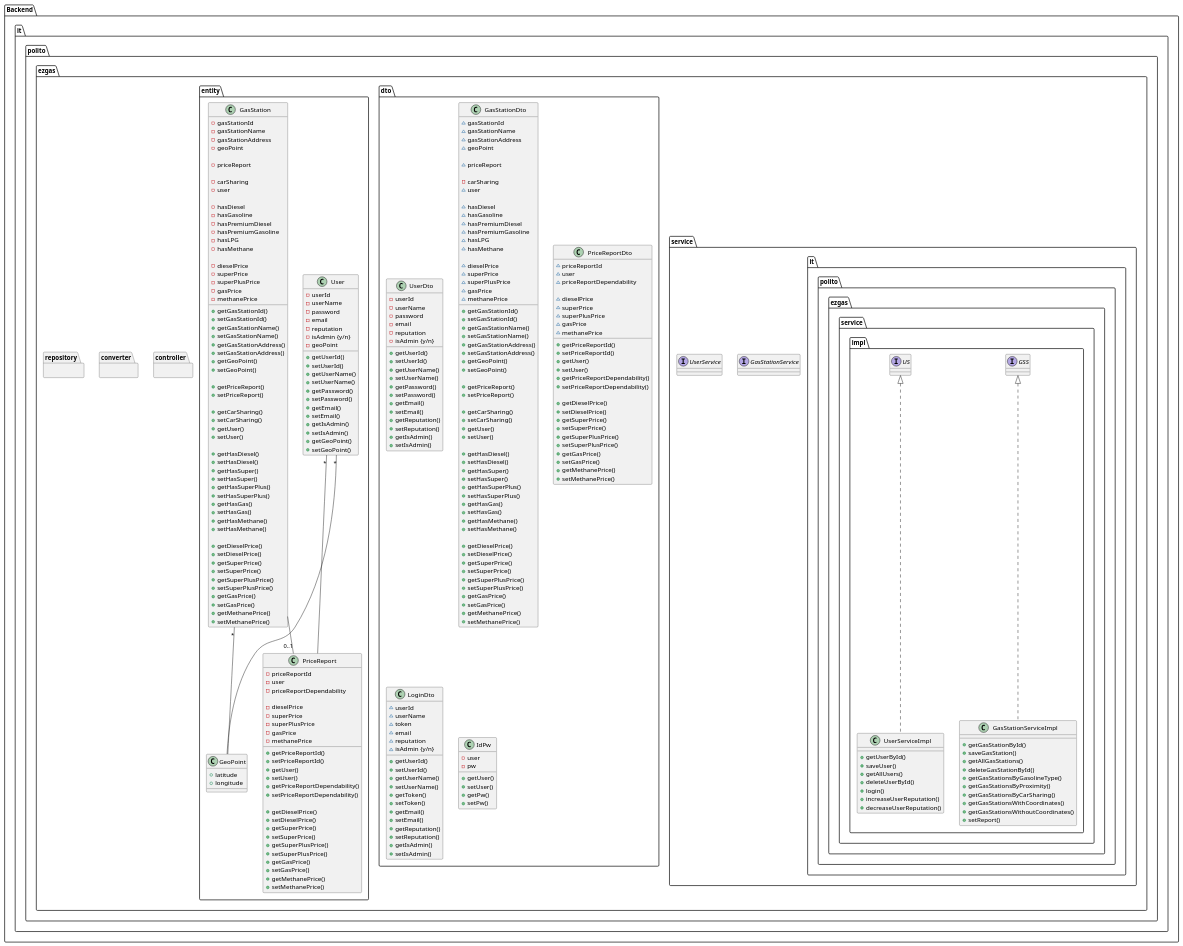
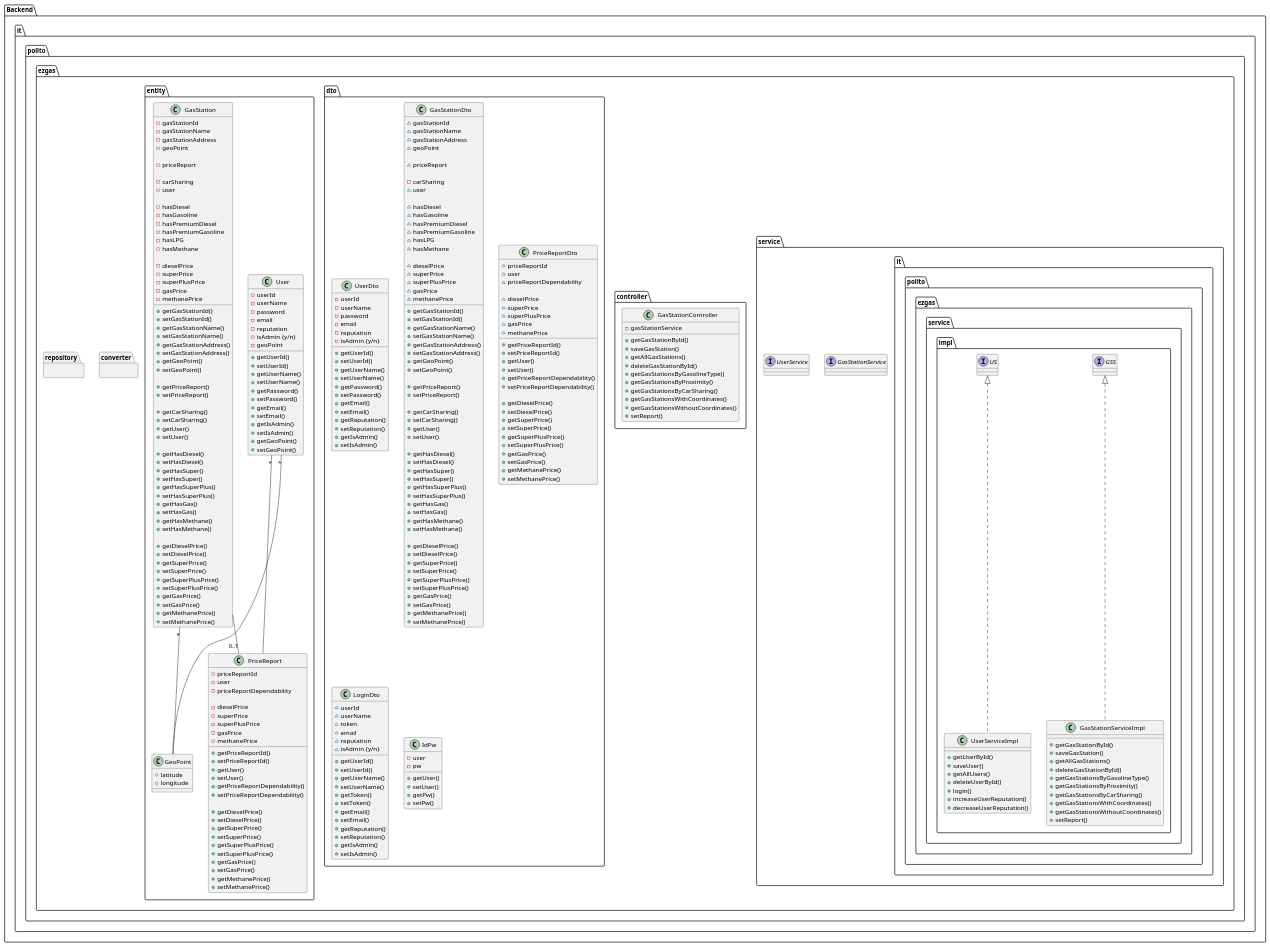
One commit to e-caste/SoftEng-EZGas changed the fourth of 4 diagrams in docs/DesignDocument.md. Above: the diagram before and after it, drawn with PlantUML.

Commit message:
add GasStationController class to controller package

```diff
--- a/docs/DesignDocument.md
+++ b/docs/DesignDocument.md
@@ -255,7 +255,19 @@
     }
     
     package "it.polito.ezgas.controller" {
-    
+        class GasStationController {
+         - gasStationService
+            + getGasStationById()
+            + saveGasStation()
+            + getAllGasStations()
+            + deleteGasStationById()
+            + getGasStationsByGasolineType()
+            + getGasStationsByProximity()
+            + getGasStationsByCarSharing()
+            + getGasStationsWithCoordinates()
+            + getGasStationsWithoutCoordinates()
+            + setReport()
+        }
     }
     
     package "it.polito.ezgas.converter" {
```
